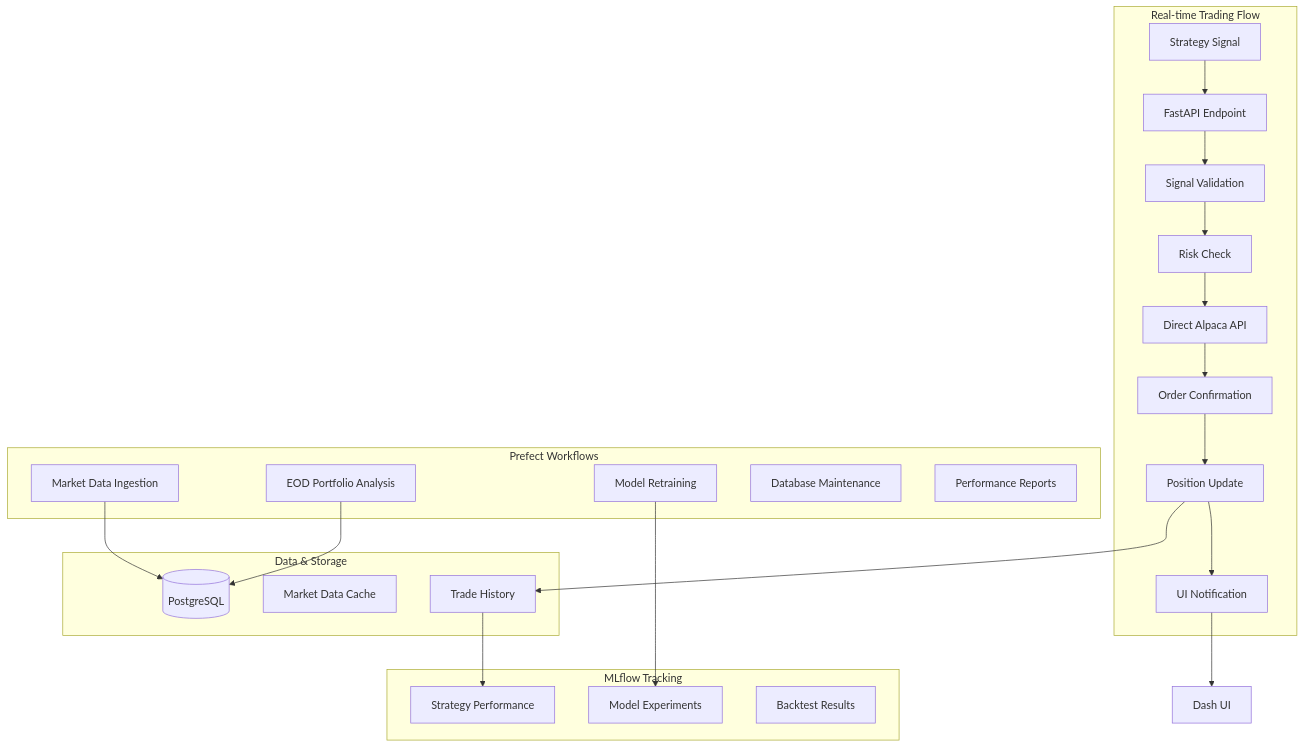
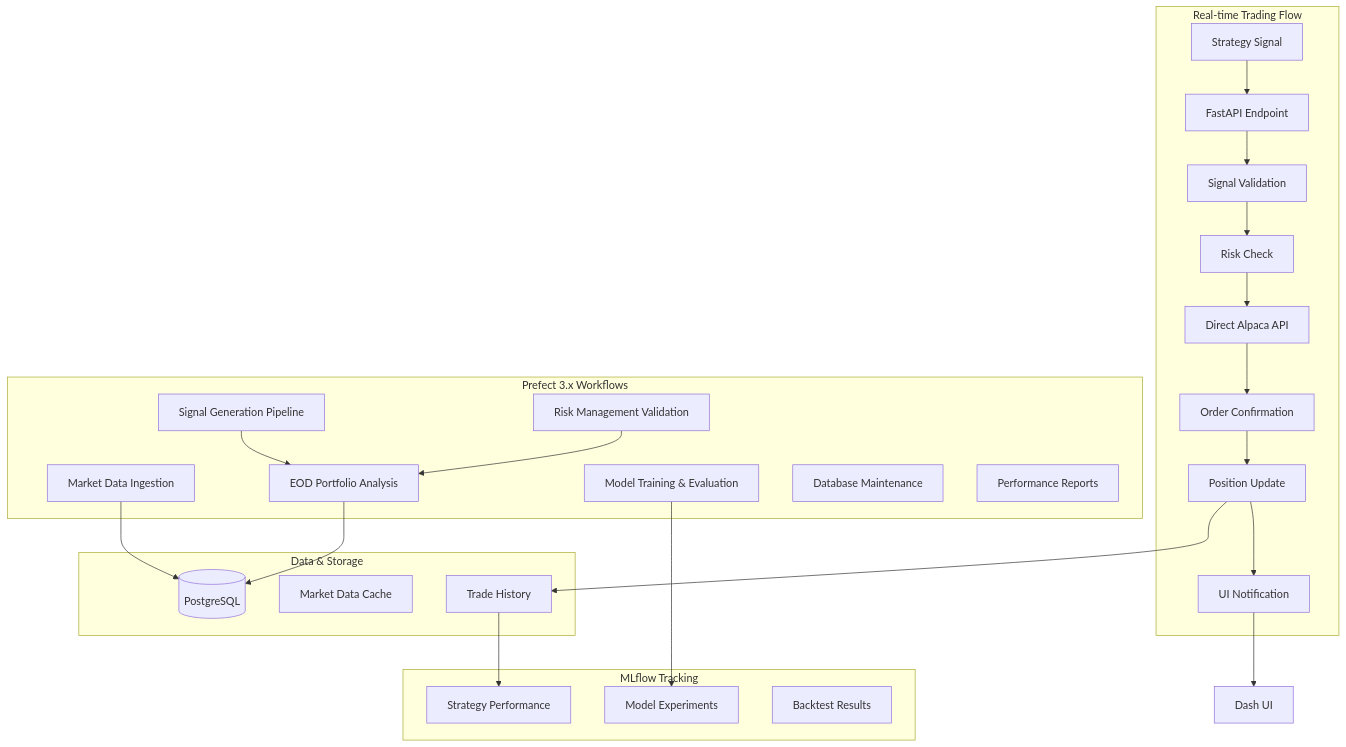
One commit to nishantnayar/MLTrading changed the diagram in docs/TRADING_SYSTEM_ARCHITECTURE.md. Above: the diagram before and after it, drawn with Mermaid. The commit also changed other lines of this file and 43 other files, not shown here.

````diff
--- a/docs/TRADING_SYSTEM_ARCHITECTURE.md
+++ b/docs/TRADING_SYSTEM_ARCHITECTURE.md
@@ -32,39 +32,43 @@
 ```mermaid
 graph TB
     subgraph "Real-time Trading Flow"
         A[Strategy Signal] --> B[FastAPI Endpoint]
         B --> C[Signal Validation]
         C --> D[Risk Check]
         D --> E[Direct Alpaca API]
         E --> F[Order Confirmation]
         F --> G[Position Update]
         G --> H[UI Notification]
     end
     
-    subgraph "Prefect Workflows"
+    subgraph "Prefect 3.x Workflows"
         I[Market Data Ingestion]
-        J[EOD Portfolio Analysis]
-        K[Model Retraining]
-        L[Database Maintenance]
-        M[Performance Reports]
+        J[Signal Generation Pipeline]
+        K[Risk Management Validation]
+        L[EOD Portfolio Analysis]
+        M[Model Training & Evaluation]
+        N[Database Maintenance]
+        O[Performance Reports]
     end
     
     subgraph "MLflow Tracking"
-        N[Strategy Performance]
-        O[Model Experiments]
-        P[Backtest Results]
+        P[Strategy Performance]
+        Q[Model Experiments]
+        R[Backtest Results]
     end
     
     subgraph "Data & Storage"
-        Q[(PostgreSQL)]
-        R[Market Data Cache]
-        S[Trade History]
+        S[(PostgreSQL)]
+        T[Market Data Cache]
+        U[Trade History]
     end
     
-    I --> Q
-    J --> Q
-    K --> O
-    G --> S
-    S --> N
+    I --> S
+    J --> L
+    K --> L
+    L --> S
+    M --> Q
+    G --> U
+    U --> P
     H --> Dashboard[Dash UI]
 ```
````
